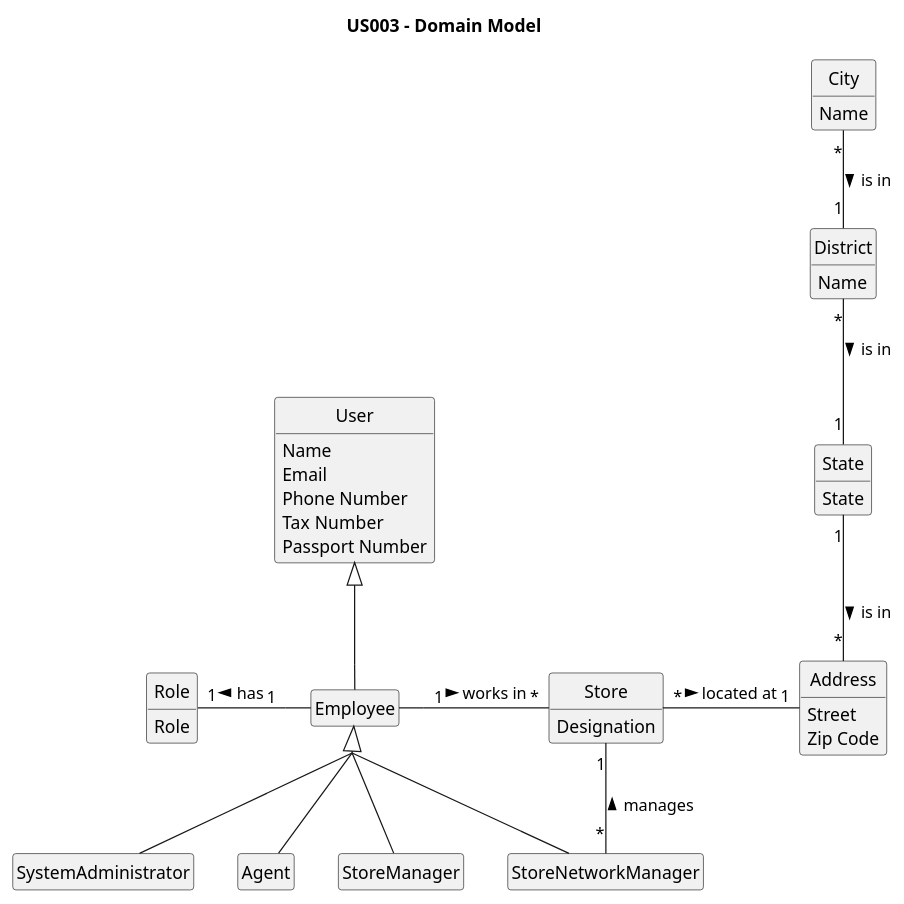
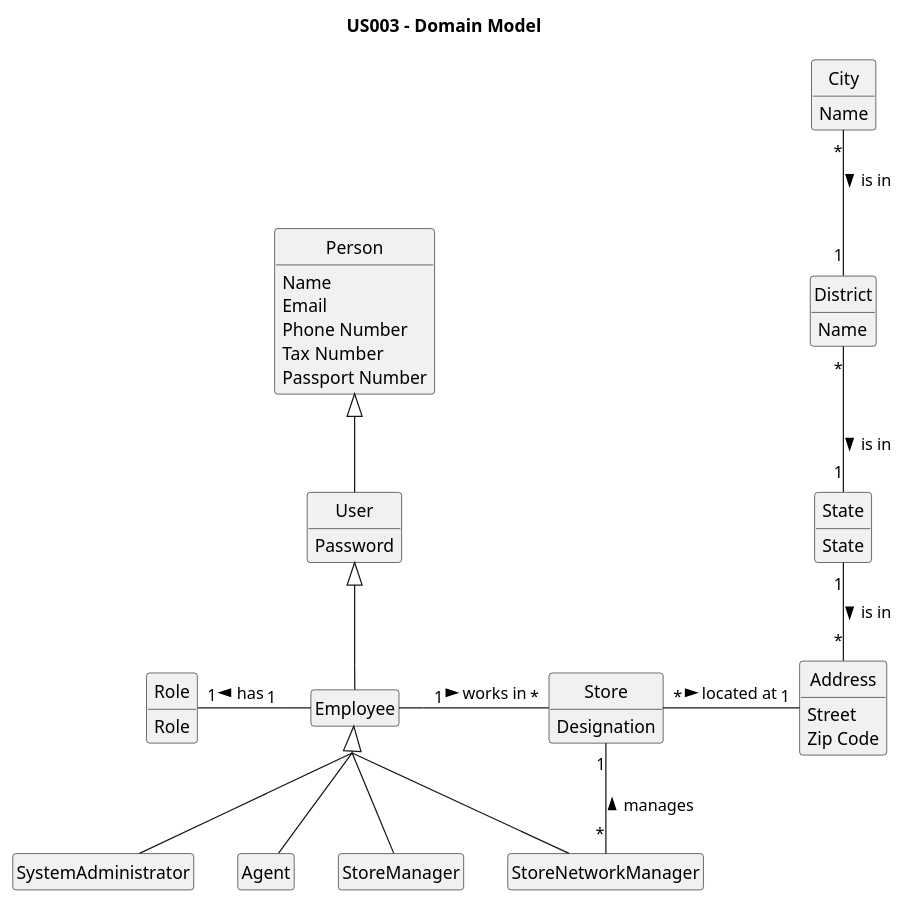
The diagram in docs/sprintB/US03/02.analysis/puml/us03-domain-model.puml (PureNimble/ISEP-LAPR2), drawn with PlantUML before and after one commit.

Commit message:
US03-Updtating DM puml

```diff
--- a/docs/sprintB/US03/02.analysis/puml/us03-domain-model.puml
+++ b/docs/sprintB/US03/02.analysis/puml/us03-domain-model.puml
@@ -1,98 +1,108 @@
 @startuml
 'https://plantuml.com/class-diagram
 
 title US003 - Domain Model
 
 skinparam monochrome true
 skinparam packageStyle rectangle
 skinparam shadowing false
 hide empty members
 skinparam groupInheritance 3
 hide circle
 
 class SystemAdministrator
 
 class User
 
 class Employee
 
 class Role
 
 class SystemAdministrator
 
 class Agent
 
 class StoreManager
 
 class StoreNetworkManager
 
 class Store
 
 class Address
 
-class User{
+class Person
+
+class Person{
 Name
 Email
 Phone Number
 Tax Number
 Passport Number
+}
+
+
+class User{
+Password
 }
 
 class Role {
 Role
 }
 
 class Store {
 Designation
 
 }
 
 class Address {
 Street
 Zip Code
 }
 
 class District{
 Name
 }
 
 class City{
 Name
 }
 
 class State{
 State
 }
 
 class SystemAdministrator {
 }
 
 class Employee {
 
 }
 
 
 
+Person <|-- User
+
+
 User <|-- Employee
 
 Employee <|-- Agent
 Employee <|-- StoreNetworkManager
 Employee <|-- StoreManager
 Employee <|-- SystemAdministrator
 
 
 Store "*" - "1" Address : located at >
 Employee "1" - "*" Store : works in >
 
 Employee "1" -left "1" Role : has >
 
 Store "1" -- "*" StoreNetworkManager : manages <
 
 State "1" -- "*" Address : is in >
 
 District "*" -- "1" State : is in >
 
 City "*" -- "1" District :is in >
 
 
 @enduml
```
